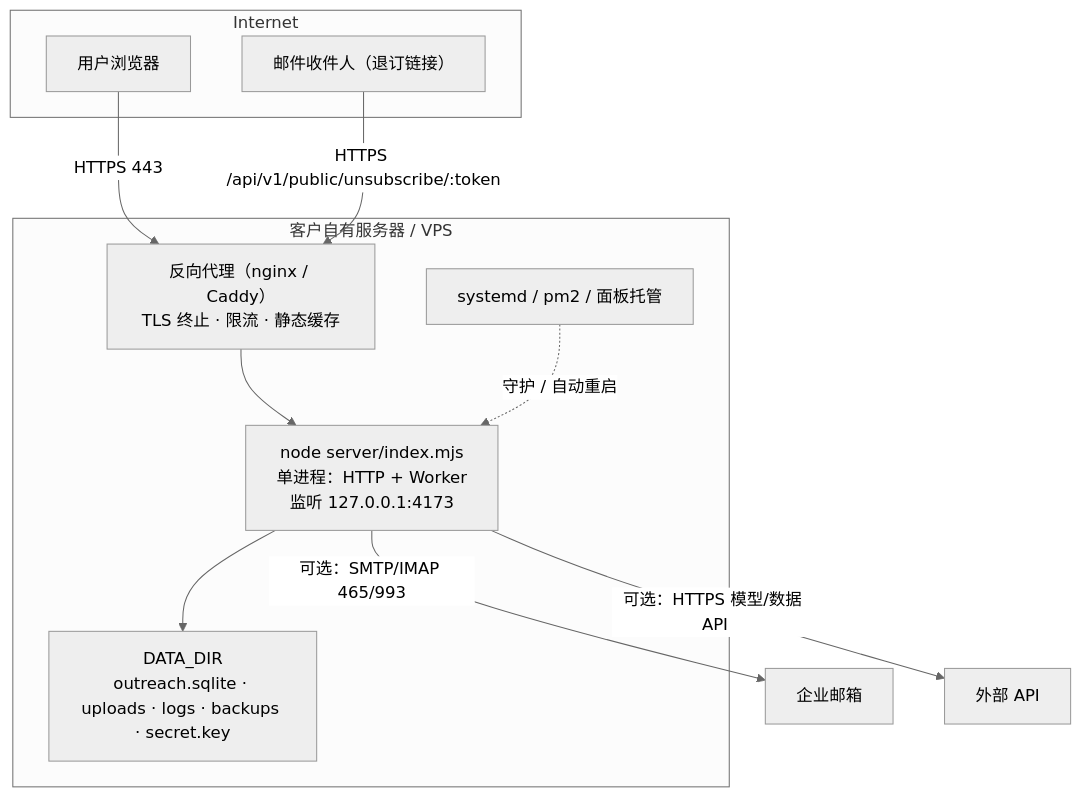
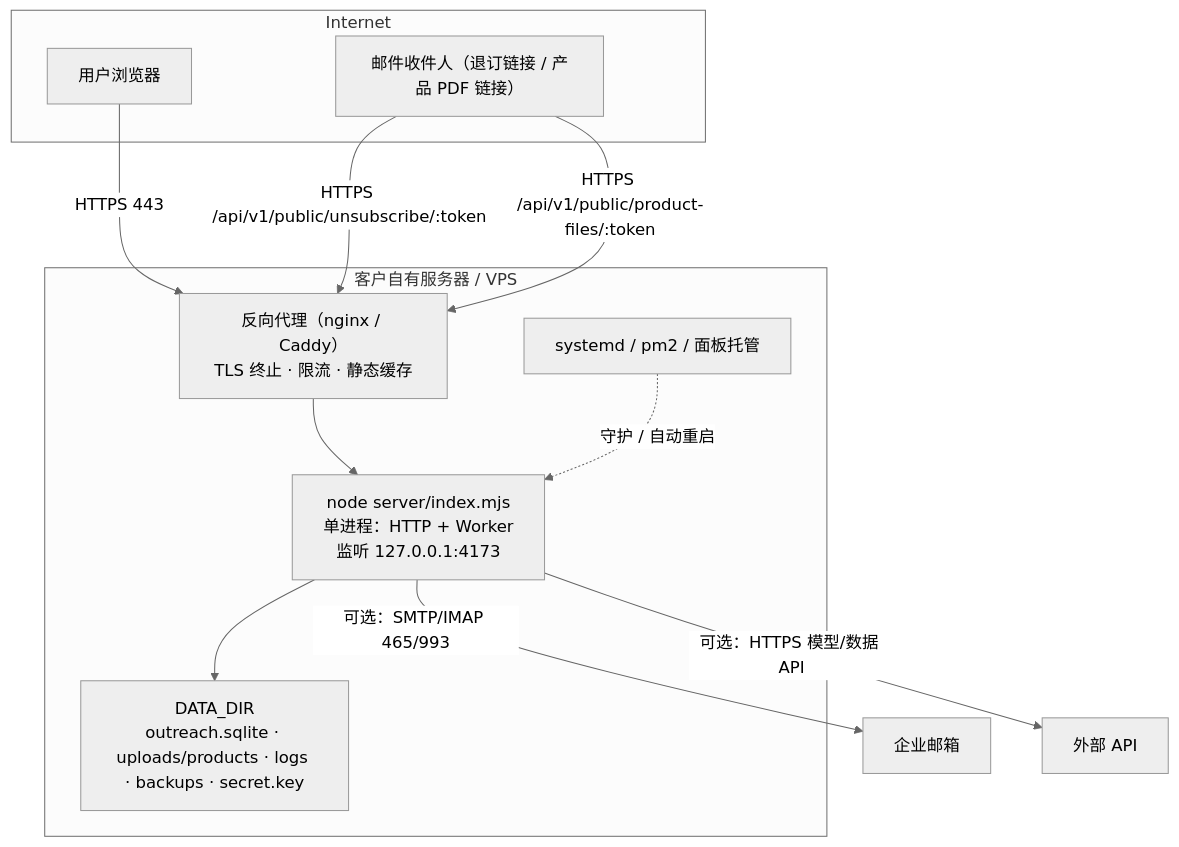
Diagram 11 of 11 in docs/ARCHITECTURE.md (zhirai-tech/ai-lead-generation-crm), drawn with Mermaid (neutral theme) before and after one commit. The commit also changed other lines of this file and 52 other files, not shown here.

First line of the commit message:
feat: v1.1 product media, AI keywords and PDF email attachments

````diff
--- a/docs/ARCHITECTURE.md
+++ b/docs/ARCHITECTURE.md
@@ -721,19 +758,20 @@
 ```mermaid
 flowchart TB
     subgraph Internet
         U["用户浏览器"]
-        R["邮件收件人（退订链接）"]
+        R["邮件收件人（退订链接 / 产品 PDF 链接）"]
     end
     subgraph Host["客户自有服务器 / VPS"]
         NG["反向代理（nginx / Caddy）<br/>TLS 终止 · 限流 · 静态缓存"]
         APP["node server/index.mjs<br/>单进程：HTTP + Worker<br/>监听 127.0.0.1:4173"]
-        DATA["DATA_DIR<br/>outreach.sqlite · uploads · logs · backups · secret.key"]
+        DATA["DATA_DIR<br/>outreach.sqlite · uploads/products · logs · backups · secret.key"]
         SVC["systemd / pm2 / 面板托管"]
     end
     U -->|"HTTPS 443"| NG --> APP
     R -->|"HTTPS /api/v1/public/unsubscribe/:token"| NG
+    R -->|"HTTPS /api/v1/public/product-files/:token"| NG
     APP --> DATA
     SVC -.->|"守护 / 自动重启"| APP
     APP -->|"可选：SMTP/IMAP 465/993"| MAIL["企业邮箱"]
     APP -->|"可选：HTTPS 模型/数据 API"| API["外部 API"]
 ```
````
